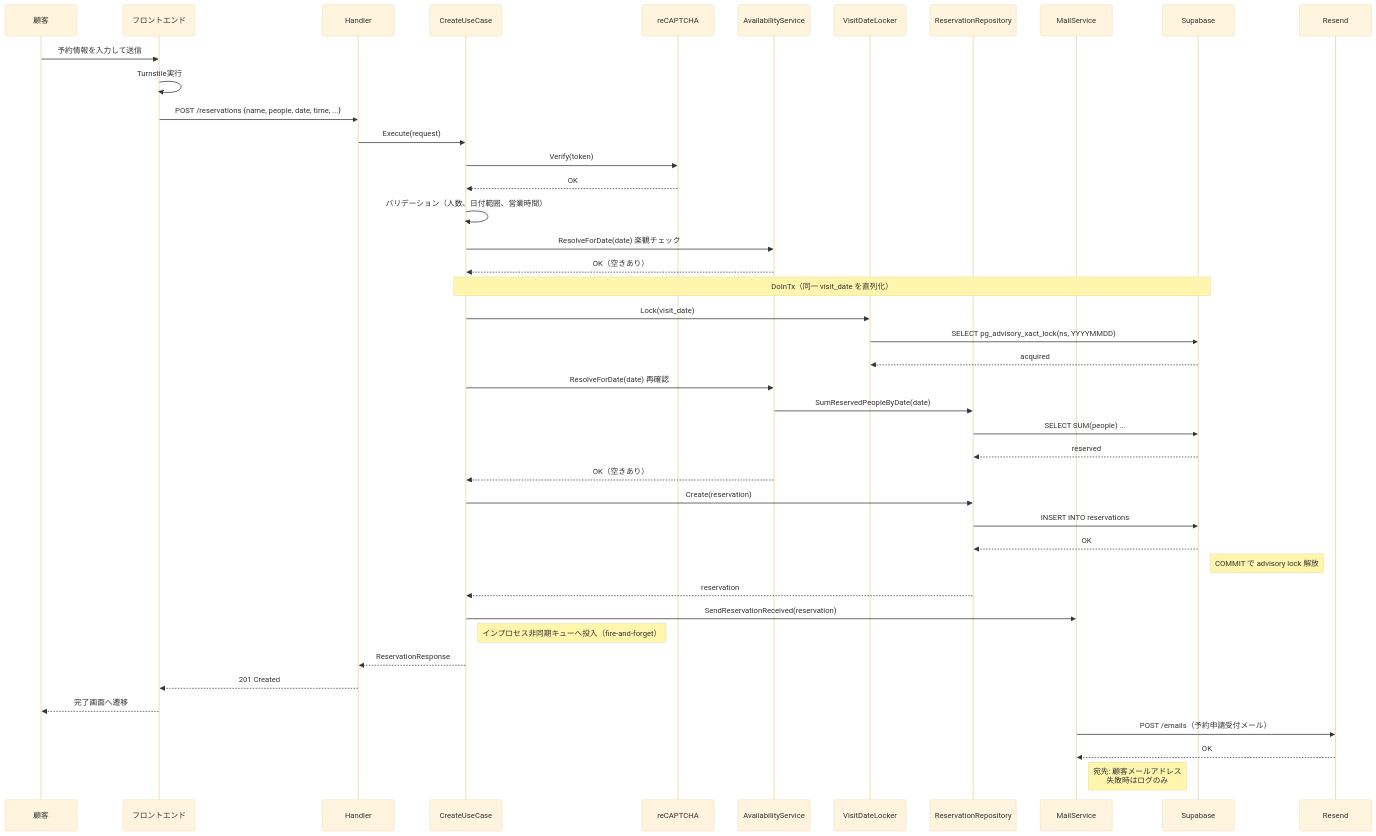
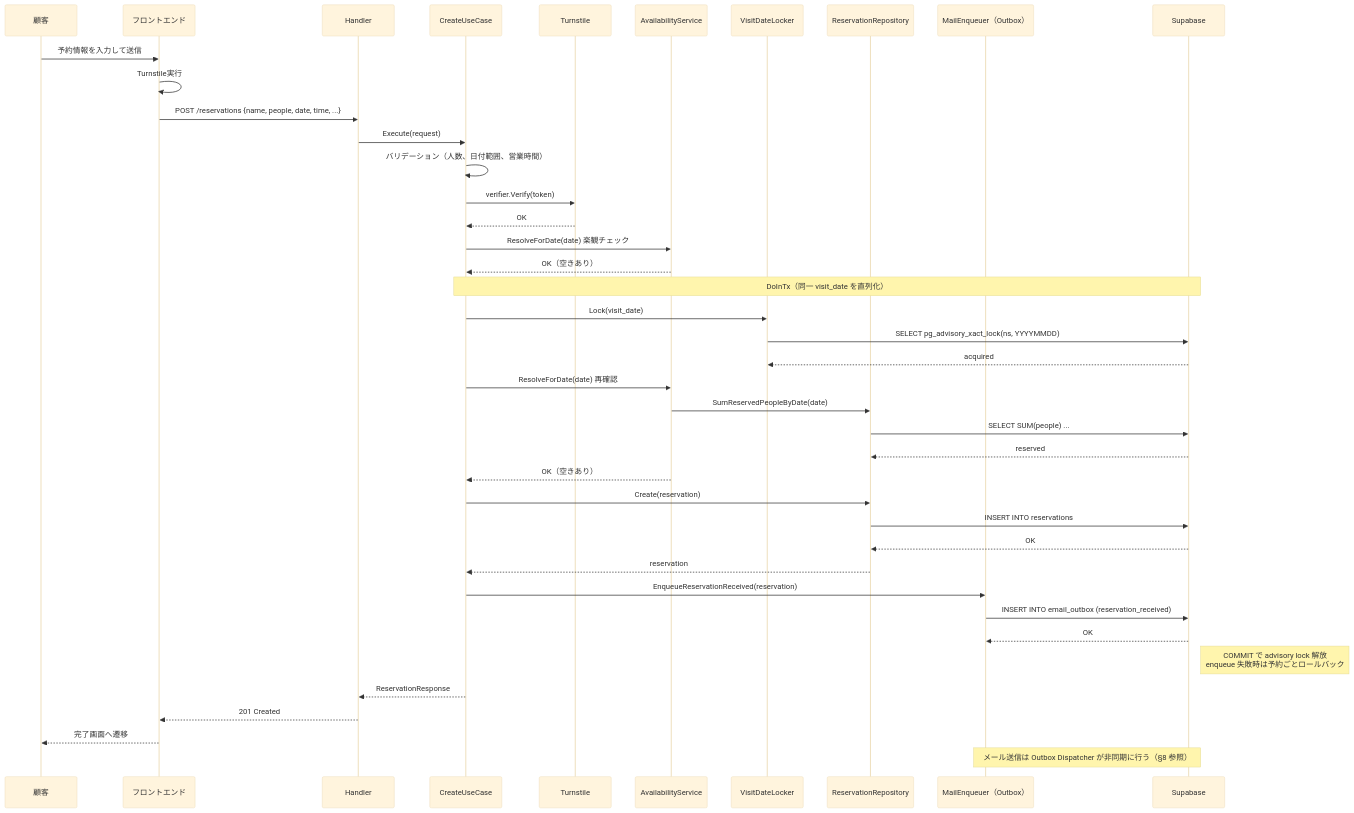
One commit to cergijame101007/satehits changed the second of 15 diagrams in docs/sequence.md. Above: the diagram before and after it, drawn with Mermaid (base theme). The commit also changed other lines of this file and 5 other files, not shown here.

````diff
--- a/docs/sequence.md
+++ b/docs/sequence.md
@@ -44,54 +47,53 @@
 ```mermaid
 sequenceDiagram
     participant Customer as 顧客
     participant Frontend as フロントエンド
     participant Handler as Handler
     participant UseCase as CreateUseCase
-    participant ReCaptcha as reCAPTCHA
+    participant Turnstile as Turnstile
     participant AvailService as AvailabilityService
     participant Locker as VisitDateLocker
     participant ReservationRepo as ReservationRepository
-    participant MailService as MailService
+    participant Outbox as MailEnqueuer（Outbox）
     participant DB as Supabase
-    participant Resend as Resend
 
     Customer->>Frontend: 予約情報を入力して送信
     Frontend->>Frontend: Turnstile実行
     Frontend->>Handler: POST /reservations {name, people, date, time, ...}
     
     Handler->>UseCase: Execute(request)
     
-    UseCase->>ReCaptcha: Verify(token)
-    ReCaptcha-->>UseCase: OK
+    UseCase->>UseCase: バリデーション（人数、日付範囲、営業時間）
     
-    UseCase->>UseCase: バリデーション（人数、日付範囲、営業時間）
+    UseCase->>Turnstile: verifier.Verify(token)
+    Turnstile-->>UseCase: OK
     
     UseCase->>AvailService: ResolveForDate(date) 楽観チェック
     AvailService-->>UseCase: OK（空きあり）
 
     Note over UseCase,DB: DoInTx（同一 visit_date を直列化）
     UseCase->>Locker: Lock(visit_date)
     Locker->>DB: SELECT pg_advisory_xact_lock(ns, YYYYMMDD)
     DB-->>Locker: acquired
     UseCase->>AvailService: ResolveForDate(date) 再確認
     AvailService->>ReservationRepo: SumReservedPeopleByDate(date)
     ReservationRepo->>DB: SELECT SUM(people) ...
     DB-->>ReservationRepo: reserved
     AvailService-->>UseCase: OK（空きあり）
     
     UseCase->>ReservationRepo: Create(reservation)
     ReservationRepo->>DB: INSERT INTO reservations
     DB-->>ReservationRepo: OK
-    Note right of DB: COMMIT で advisory lock 解放
     ReservationRepo-->>UseCase: reservation
     
-    UseCase->>MailService: SendReservationReceived(reservation)
-    Note right of UseCase: インプロセス非同期キューへ投入（fire-and-forget）
+    UseCase->>Outbox: EnqueueReservationReceived(reservation)
+    Outbox->>DB: INSERT INTO email_outbox (reservation_received)
+    DB-->>Outbox: OK
+    Note right of DB: COMMIT で advisory lock 解放<br>enqueue 失敗時は予約ごとロールバック
+    
     UseCase-->>Handler: ReservationResponse
     Handler-->>Frontend: 201 Created
     Frontend-->>Customer: 完了画面へ遷移
 
-    MailService->>Resend: POST /emails（予約申請受付メール）
-    Resend-->>MailService: OK
-    Note right of MailService: 宛先: 顧客メールアドレス<br>失敗時はログのみ
+    Note over Outbox,DB: メール送信は Outbox Dispatcher が非同期に行う（§8 参照）
 ```
````
